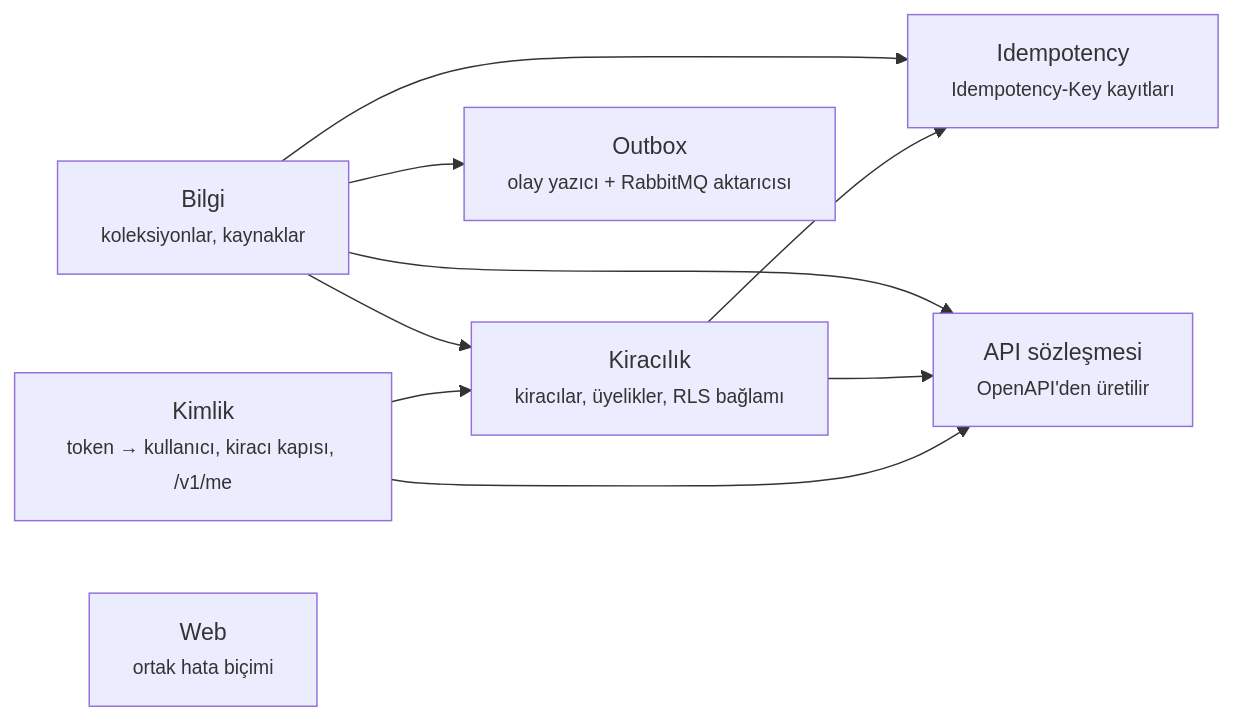
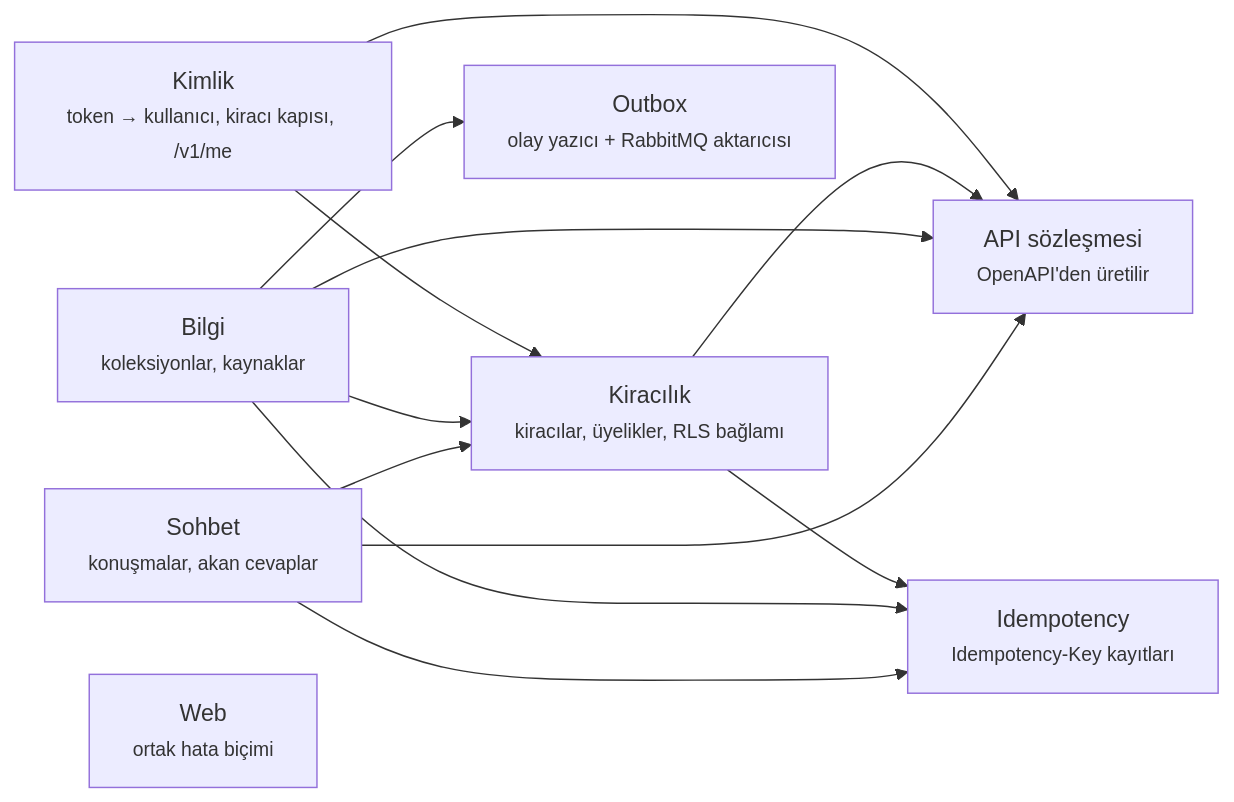
The diagram in docs/architecture/modules.md (Engineer-coding/meridian), drawn with Mermaid before and after one commit. The commit also changed other lines of this file and 21 other files, not shown here.

````diff
--- a/docs/architecture/modules.md
+++ b/docs/architecture/modules.md
@@ -8,19 +8,23 @@
 ```mermaid
 flowchart LR
     identity["Kimlik<br/><small>token → kullanıcı, kiracı kapısı, /v1/me</small>"]
     tenancy["Kiracılık<br/><small>kiracılar, üyelikler, RLS bağlamı</small>"]
     idempotency["Idempotency<br/><small>Idempotency-Key kayıtları</small>"]
     knowledge["Bilgi<br/><small>koleksiyonlar, kaynaklar</small>"]
+    chat["Sohbet<br/><small>konuşmalar, akan cevaplar</small>"]
     outbox["Outbox<br/><small>olay yazıcı + RabbitMQ aktarıcısı</small>"]
     web["Web<br/><small>ortak hata biçimi</small>"]
     contract["API sözleşmesi<br/><small>OpenAPI'den üretilir</small>"]
 
     identity --> tenancy
     identity --> contract
     tenancy --> idempotency
     tenancy --> contract
     knowledge --> tenancy
     knowledge --> idempotency
     knowledge --> outbox
     knowledge --> contract
+    chat --> tenancy
+    chat --> idempotency
+    chat --> contract
 ```
````
